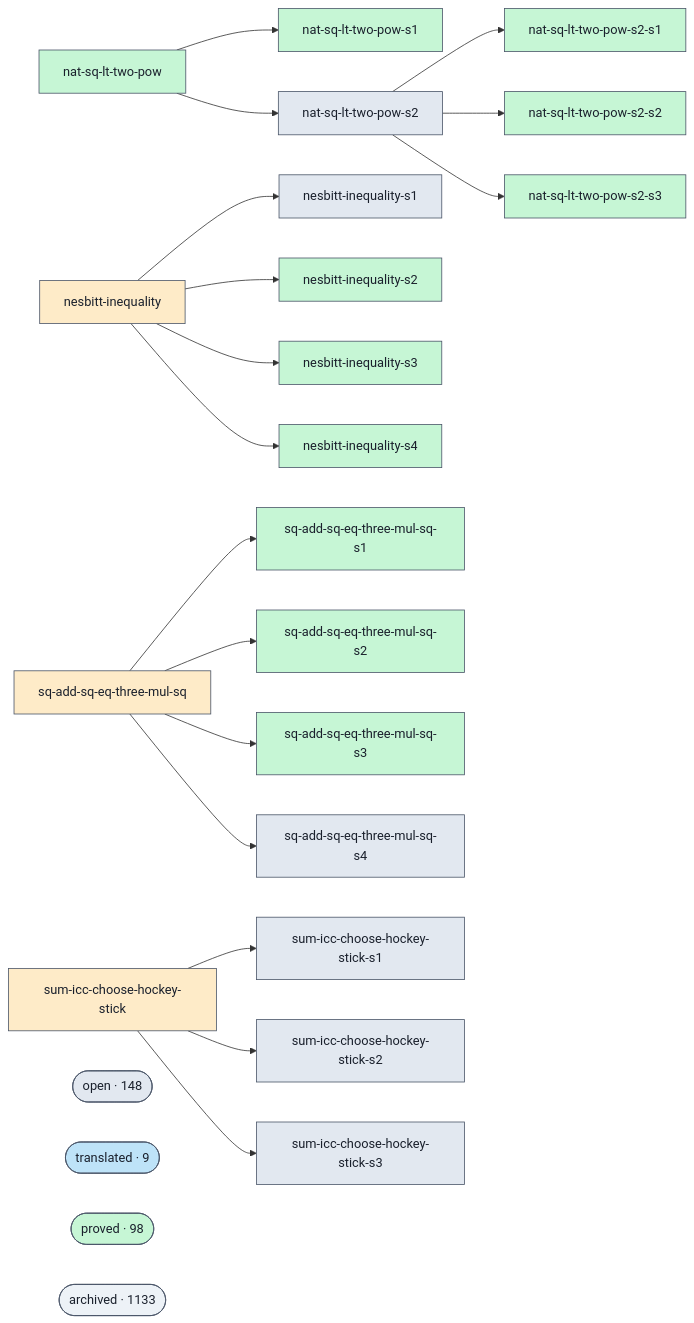
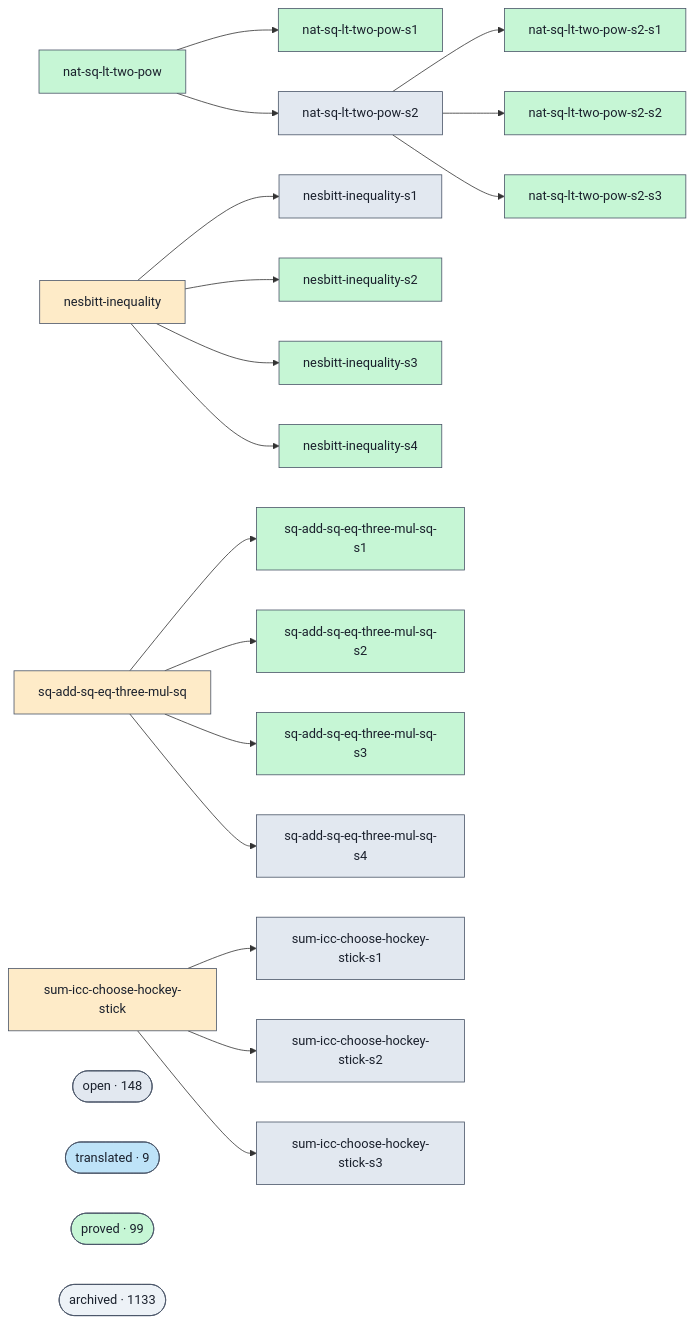
Before and after one commit to ohdearquant/unsorry: the diagram in docs/proofs-contributors-visualisation.md, drawn with Mermaid. The commit also changed other lines of this file and 2 other files, not shown here.

```diff
--- a/docs/proofs-contributors-visualisation.md
+++ b/docs/proofs-contributors-visualisation.md
@@ -102,7 +102,7 @@
   class cluster_open open;
   cluster_translated(["translated · 9"])
   class cluster_translated translated;
-  cluster_proved(["proved · 98"])
+  cluster_proved(["proved · 99"])
   class cluster_proved proved;
   cluster_archived(["archived · 1133"])
   class cluster_archived unknown;
```
